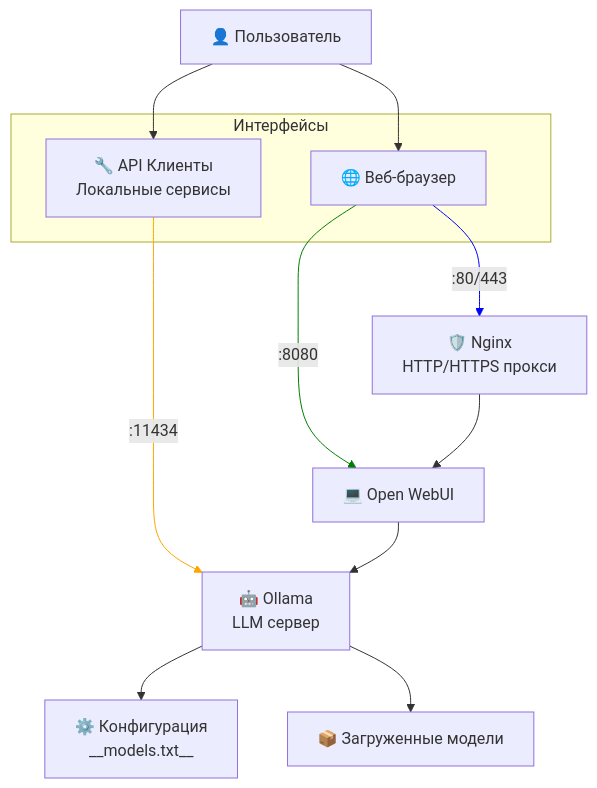
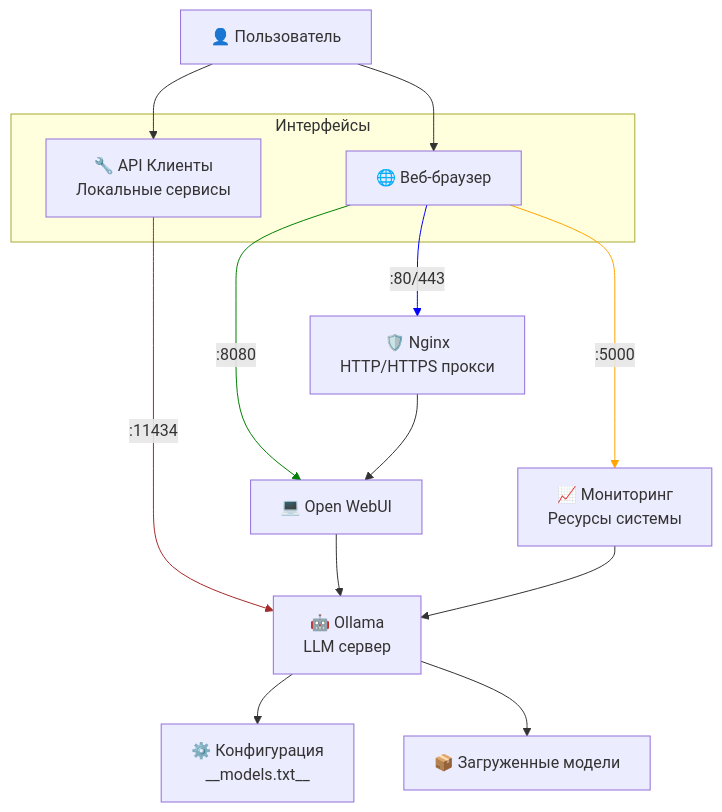
The diagram in README.md (NikitaShubin/SelfHostedAI), drawn with Mermaid before and after one commit. The commit also changed other lines of this file and 4 other files, not shown here.

````diff
--- a/README.md
+++ b/README.md
@@ -18,52 +19,51 @@
 ```mermaid
 flowchart TD
 
     classDef invisibleLine stroke:none,stroke-width:0
     %% classDef invisible fill:none,stroke:none,width:0,height:0
 
     User["👤 Пользователь"]
 
     subgraph "Интерфейсы"
         Browser["🌐 Веб-браузер"]
         APIClients["🔧 API Клиенты<br/>Локальные сервисы"]
     end
 
     Nginx["🛡️ Nginx<br/>HTTP/HTTPS прокси"]
     WebUI["💻 Open WebUI"]
     Ollama["🤖 Ollama<br/>LLM сервер"]
+    Monitoring["📈 Мониторинг<br/>Ресурсы системы"]
 
     Models["📦 Загруженные модели"]
     Config["⚙️ Конфигурация<br/>__models.txt__"]
-
-    %% Невидимые узлы для разделения стрелок:
-    %% subgraph " "
-    %%     p1[" "]:::invisible
-    %%     p2[" "]:::invisible
-    %%     p3[" "]:::invisible
-    %% end
 
     %% Пользовательские связи:
     User --> Browser
     User --> APIClients
 
     %% Сетевые связи:
     Browser    -- :80/443 --> Nginx
     Browser    -- :8080   --> WebUI
+    Browser    -- :5000   --> Monitoring
     APIClients -- :11434  --> Ollama
     
     %% Добавляем цвета к портам:
     linkStyle 2 stroke:blue,stroke-width:1px;
     linkStyle 3 stroke:green,stroke-width:1px;
     linkStyle 4 stroke:orange,stroke-width:1px;
+    linkStyle 5 stroke:brown,stroke-width:1px;
 
     %% Взаимодействие через веб-интерфейс:
     Nginx --> WebUI
 
     %% Взаимодействие WebUI с Ollama:
     WebUI --> Ollama
 
+    %% Взаимодействие Мониторинга с Ollama:
+    Monitoring --> Ollama
+
     %% Данные и конфигурация:
     Ollama --> Config
     Ollama --> Models
 
 ```
````
